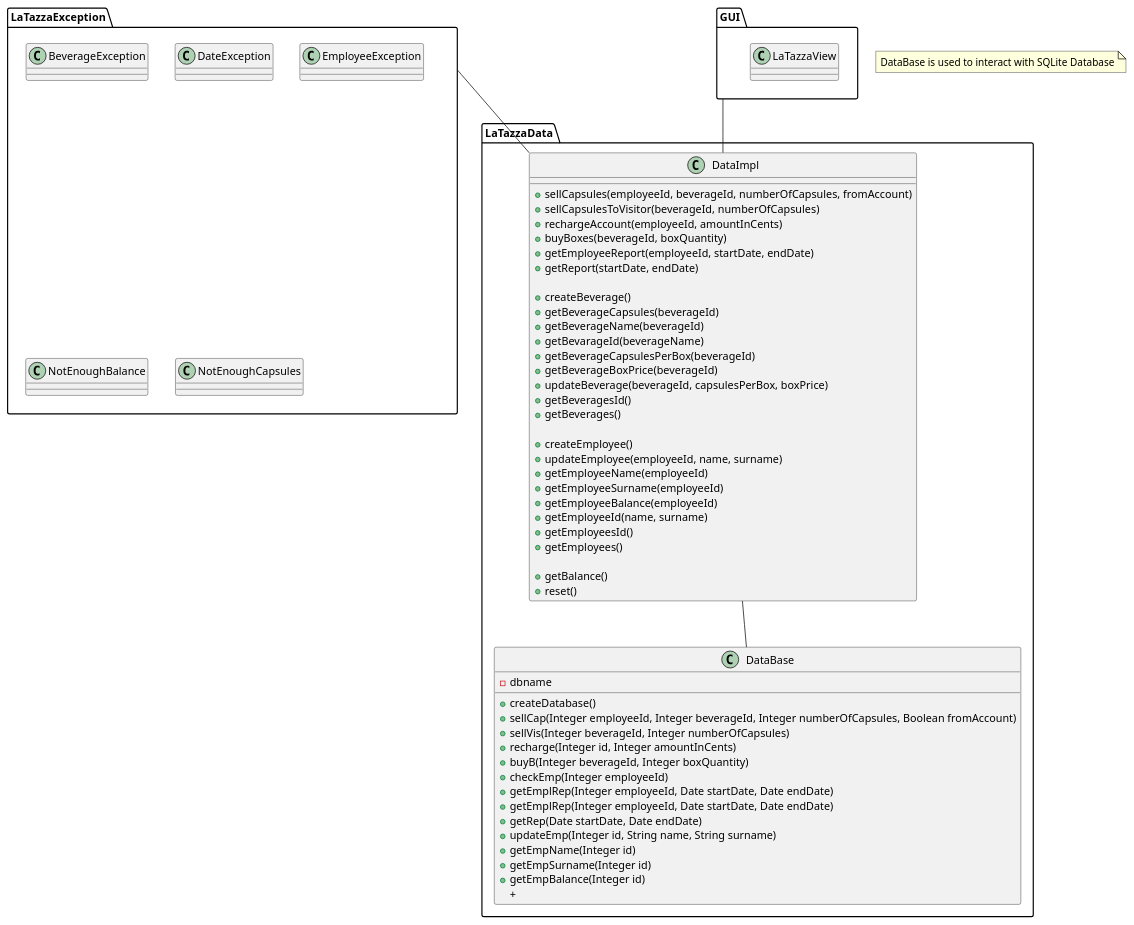
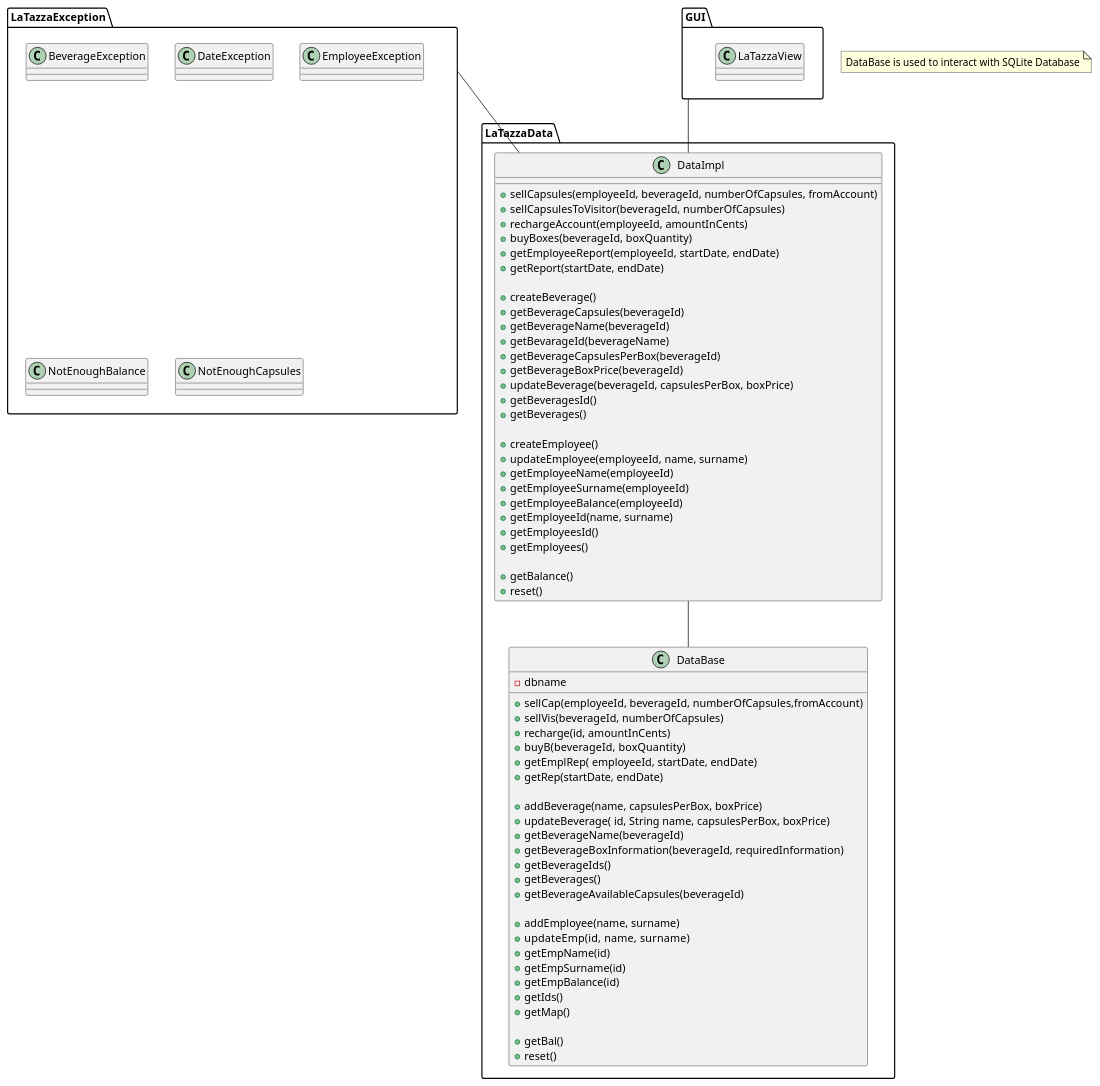
The second of 3 diagrams in templates/DesignDocumentTemplate.md (SimoneDutto/LaTazza), drawn with PlantUML before and after one commit. The commit also changed other lines of this file, not shown here.

Commit message:
Update Class Diagram and Sequence Diagram

```diff
--- a/templates/DesignDocumentTemplate.md
+++ b/templates/DesignDocumentTemplate.md
@@ -81,20 +81,32 @@
 
 class DataBase{
 - dbname
-{method} + createDatabase()
-{method} + sellCap(Integer employeeId, Integer beverageId, Integer numberOfCapsules, Boolean fromAccount)
-{method} + sellVis(Integer beverageId, Integer numberOfCapsules)
-{method} + recharge(Integer id, Integer amountInCents)
-{method} + buyB(Integer beverageId, Integer boxQuantity)
-{method} + checkEmp(Integer employeeId)
-{method} + getEmplRep(Integer employeeId, Date startDate, Date endDate)
-{method} + getEmplRep(Integer employeeId, Date startDate, Date endDate)
-{method} + getRep(Date startDate, Date endDate)
-{method} + updateEmp(Integer id, String name, String surname)
-{method} + getEmpName(Integer id)
-{method} + getEmpSurname(Integer id)
-{method} + getEmpBalance(Integer id)
-{method} + 
+
+{method} + sellCap(employeeId, beverageId, numberOfCapsules,fromAccount)
+{method} + sellVis(beverageId, numberOfCapsules)
+{method} + recharge(id, amountInCents)
+{method} + buyB(beverageId,  boxQuantity)
+{method} + getEmplRep( employeeId, startDate, endDate)
+{method} + getRep(startDate, endDate)
+
+{method} + addBeverage(name, capsulesPerBox, boxPrice)
+{method} + updateBeverage( id, String name, capsulesPerBox, boxPrice)
+{method} + getBeverageName(beverageId)
+{method} + getBeverageBoxInformation(beverageId, requiredInformation)
+{method} + getBeverageIds() 
+{method} + getBeverages()
+{method} + getBeverageAvailableCapsules(beverageId)
+
+{method} + addEmployee(name, surname)
+{method} + updateEmp(id,  name,  surname)
+{method} + getEmpName(id)
+{method} + getEmpSurname(id)
+{method} + getEmpBalance(id)
+{method} + getIds()
+{method} + getMap()
+
+{method} + getBal()
+{method} + reset()    
 }
 }
 
```
